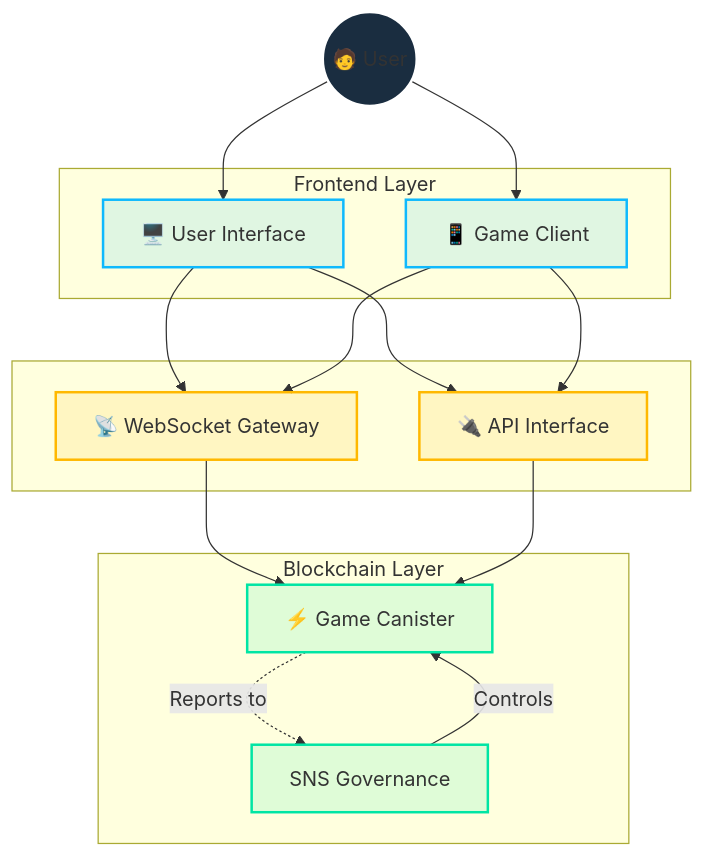
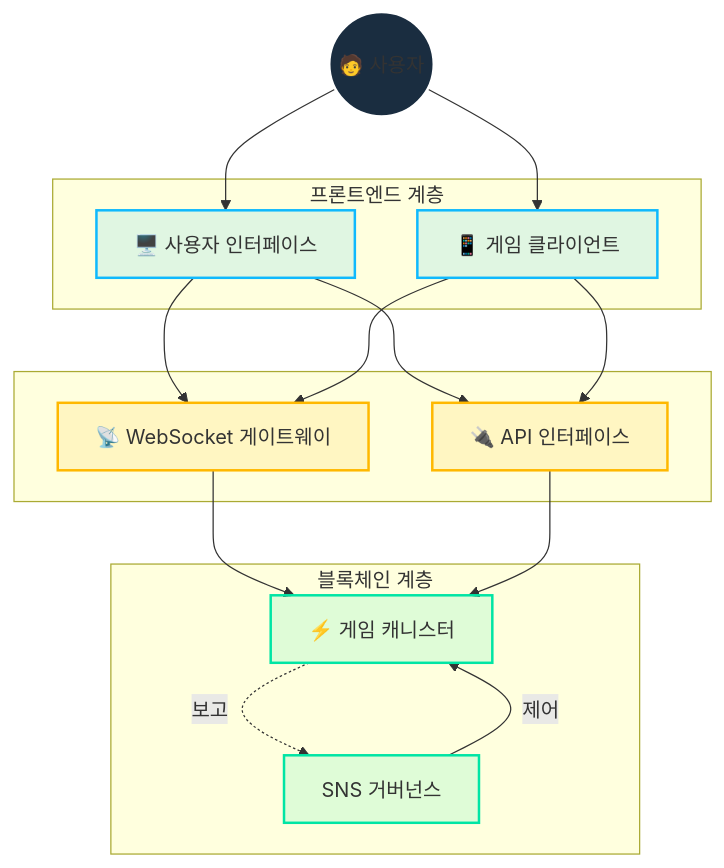
The diagram in src/frontend/src/assets/markdown/ko/architecture.md (cosmicrafts/cosmicrafts-dao), drawn with Mermaid before and after one commit. The commit also changed other lines of this file and 46 other files, not shown here.

````diff
--- a/src/frontend/src/assets/markdown/ko/architecture.md
+++ b/src/frontend/src/assets/markdown/ko/architecture.md
@@ -44,47 +180,47 @@
 ```mermaid
 graph TD
     %% Core User Layer
-    User(("🧑 User"))
+    User(("🧑 사용자"))
     
     %% Frontend Layer
-    subgraph "Frontend Layer"
-        UI["🖥️ User Interface"]
-        Client["📱 Game Client"]
+    subgraph "프론트엔드 계층"
+        UI["🖥️ 사용자 인터페이스"]
+        Client["📱 게임 클라이언트"]
     end
     
     %% Communication Layer
     subgraph " "
-        WS["📡 WebSocket Gateway"]
-        API["🔌 API Interface"]
+        WS["📡 WebSocket 게이트웨이"]
+        API["🔌 API 인터페이스"]
     end
     
     %% Blockchain Layer
-    subgraph "Blockchain Layer"
-        Canister["⚡ Game Canister"]
-        DAO["SNS Governance"]
+    subgraph "블록체인 계층"
+        Canister["⚡ 게임 캐니스터"]
+        DAO["SNS 거버넌스"]
     end
     
     %% Connections
     User --> UI
     User --> Client
     UI --> WS
     UI --> API
     Client --> WS
     Client --> API
     WS --> Canister
     API --> Canister
-    Canister -.->|"Reports to"| DAO
-    DAO -->|"Controls"| Canister
+    Canister -.->|"보고"| DAO
+    DAO -->|"제어"| Canister
     
     %% Styles
     classDef user fill:#1a2d40,stroke:#fff,stroke-width:2px
     classDef frontend fill:#0FB9FD20,stroke:#0FB9FD,stroke-width:2px
     classDef comms fill:#FFB80020,stroke:#FFB800,stroke-width:2px
     classDef blockchain fill:#00E5A420,stroke:#00E5A4,stroke-width:2px
     
     %% Apply styles
     class User user
     class UI,Client frontend
     class WS,API comms
     class Canister,DAO blockchain
 ```
````
